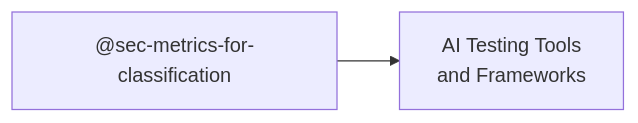
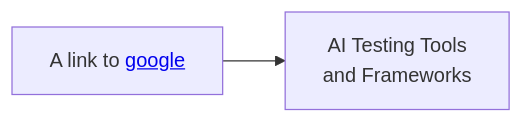
Before and after one commit to marioww42/AITestingWorkbook: the diagram in index.qmd, drawn with Mermaid. The commit also changed other lines of this file and 7 other files, not shown here.

````diff
--- a/index.qmd
+++ b/index.qmd
@@ -46,11 +47,11 @@
 ```{mermaid}
----
-  htmlLabels: false
----
+
   graph LR
-    AIMetrics["@sec-metrics-for-classification"]
+    AB[A link to <a href="https://google.com">google</a>] 
     Long["`AI Testing Tools
     
     and Frameworks`"]
-    AIMetrics --> Long
+    AB --> Long
+
+    click Long "https://google.com" "This is a link"
 ```
````
